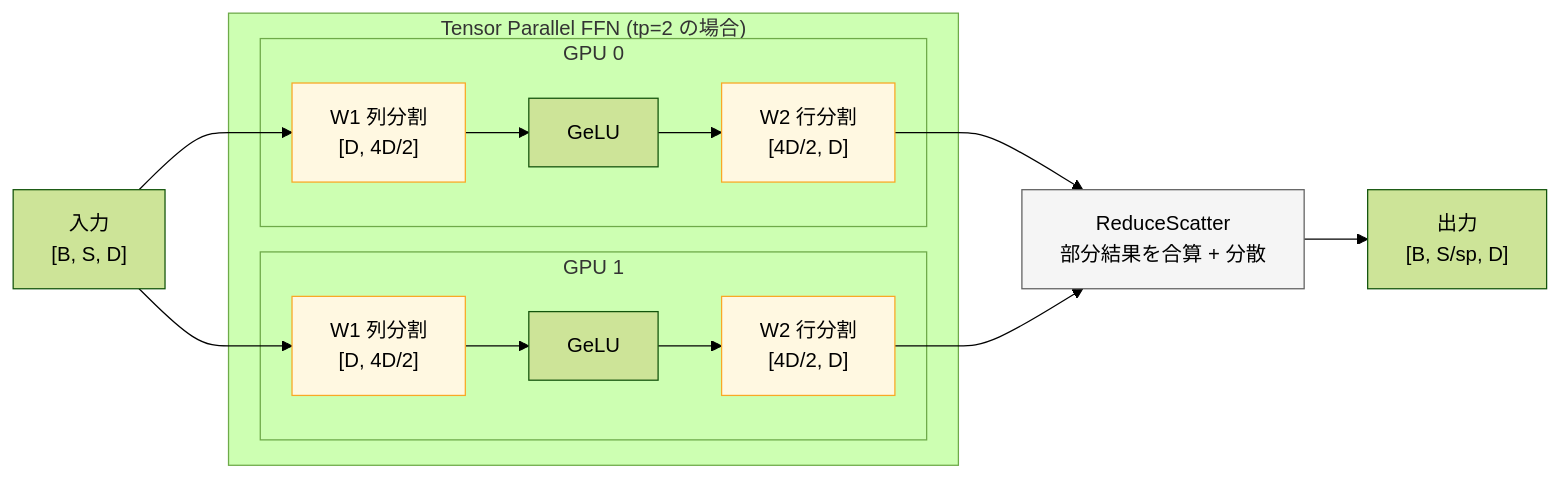
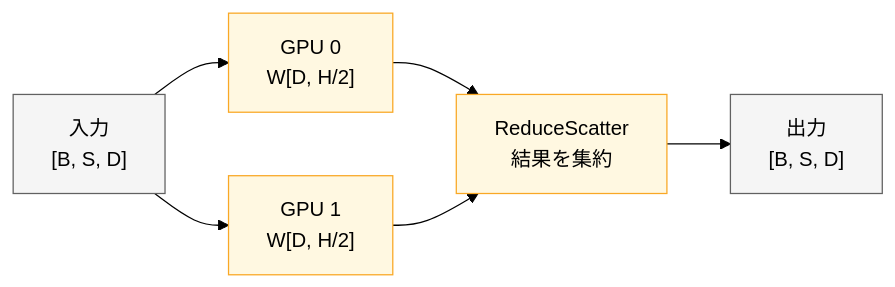
Before and after one commit to littlemex/zenn: the fifth of 19 diagrams in books/ml-distributed-experiment-collection/transformer-distributed-parallelism.md, drawn with Mermaid (forest theme). The commit also changed other lines of this file, not shown here.

````diff
--- a/books/ml-distributed-experiment-collection/transformer-distributed-parallelism.md
+++ b/books/ml-distributed-experiment-collection/transformer-distributed-parallelism.md
@@ -333,30 +281,13 @@
 ```mermaid
 graph LR
-    Input["入力<br/>[B, S, D]"]
+    Input["入力<br/>[B, S, D]"] --> W0["GPU 0<br/>W[D, H/2]"]
+    Input --> W1["GPU 1<br/>W[D, H/2]"]
+    W0 & W1 --> RS["ReduceScatter<br/>結果を集約"]
+    RS --> Output["出力<br/>[B, S, D]"]
 
-    subgraph tp_ffn ["Tensor Parallel FFN (tp=2 の場合)"]
-        subgraph gpu0 ["GPU 0"]
-            W1_0["W1 列分割<br/>[D, 4D/2]"]
-            Act0["GeLU"]
-            W2_0["W2 行分割<br/>[4D/2, D]"]
-            W1_0 --> Act0 --> W2_0
-        end
-        subgraph gpu1 ["GPU 1"]
-            W1_1["W1 列分割<br/>[D, 4D/2]"]
-            Act1["GeLU"]
-            W2_1["W2 行分割<br/>[4D/2, D]"]
-            W1_1 --> Act1 --> W2_1
-        end
-    end
-
-    Input --> W1_0
-    Input --> W1_1
-    W2_0 & W2_1 --> RS["ReduceScatter<br/>部分結果を合算 + 分散"]
-    RS --> Output["出力<br/>[B, S/sp, D]"]
-
-    style W1_0 fill: #fff8e1,stroke: #f9a825
-    style W1_1 fill: #fff8e1,stroke: #f9a825
-    style W2_0 fill: #fff8e1,stroke: #f9a825
-    style W2_1 fill: #fff8e1,stroke: #f9a825
-    style RS fill: #f5f5f5,stroke: #616161
+    style Input fill: #f5f5f5,stroke: #616161
+    style W0 fill: #fff8e1,stroke: #f9a825
+    style W1 fill: #fff8e1,stroke: #f9a825
+    style RS fill: #fff8e1,stroke: #f9a825
+    style Output fill: #f5f5f5,stroke: #616161
 ```
````
